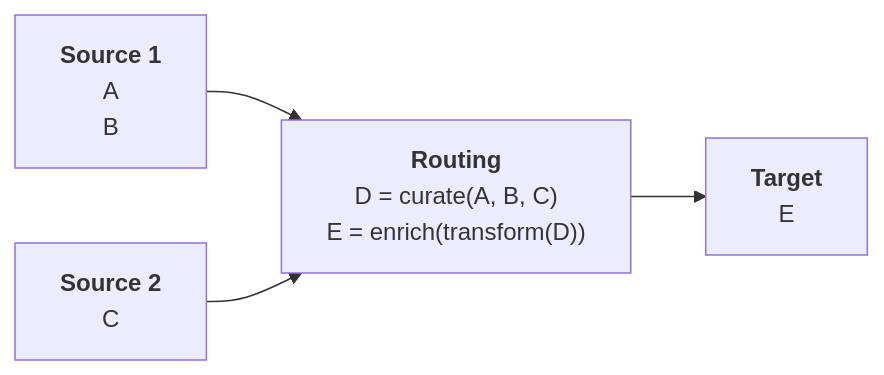
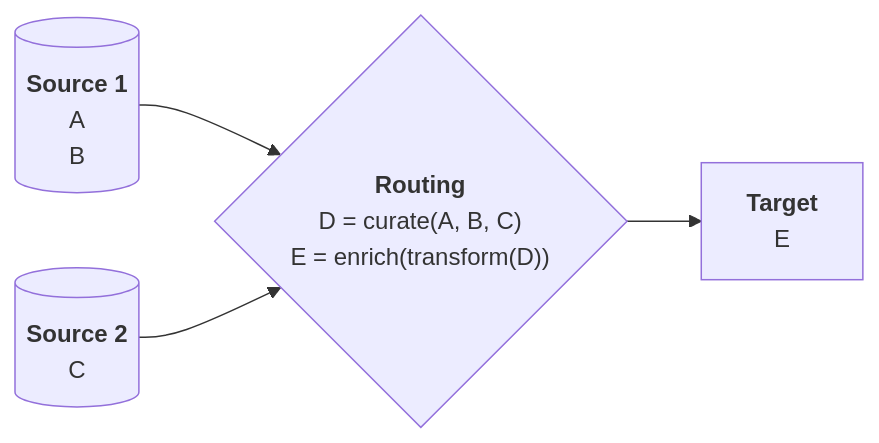
Before and after one commit to VirtualMetric/virtualmetric-docs: the sixth of 6 diagrams in docs/admin/pipelines/overview.mdx, drawn with Mermaid. The commit also changed other lines of this file and 3 other files, not shown here.

Commit message:
Edits on graphics

````diff
--- a/docs/admin/pipelines/overview.mdx
+++ b/docs/admin/pipelines/overview.mdx
@@ -235,21 +235,21 @@
 ```mermaid
 %%{init: {"flowchart": {"htmlLabels": false}}}%%
 flowchart LR
-	source1["`**Source 1**
+	source1[("`**Source 1**
 		A
 		B
-	`"]
-	source2["`**Source 2**
+	`")]
+	source2[("`**Source 2**
 		C
-	`"]
-  routing["`**Routing**
+	`")]
+  routing{"`**Routing**
     D = curate(A, B, C)
 		E = enrich(transform(D))
-	`"]
+	`"}
 	target["`**Target**
 		E
 	`"]
 	source1 --> routing;
 	source2 --> routing;
 	routing --> target
 ```
````
